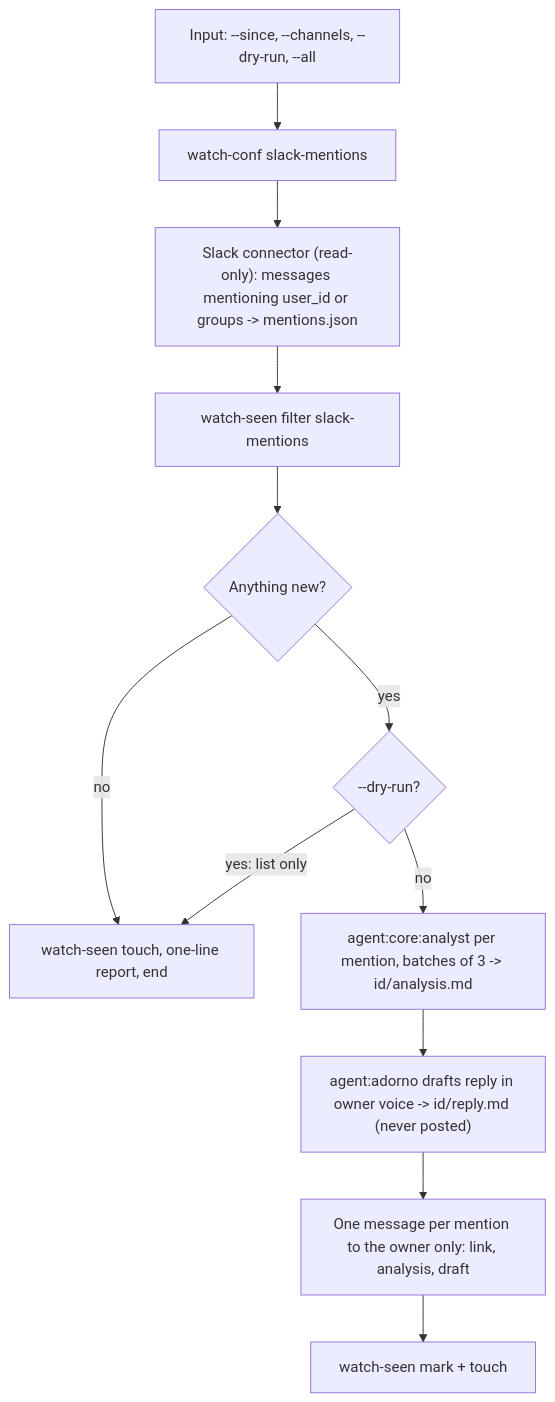
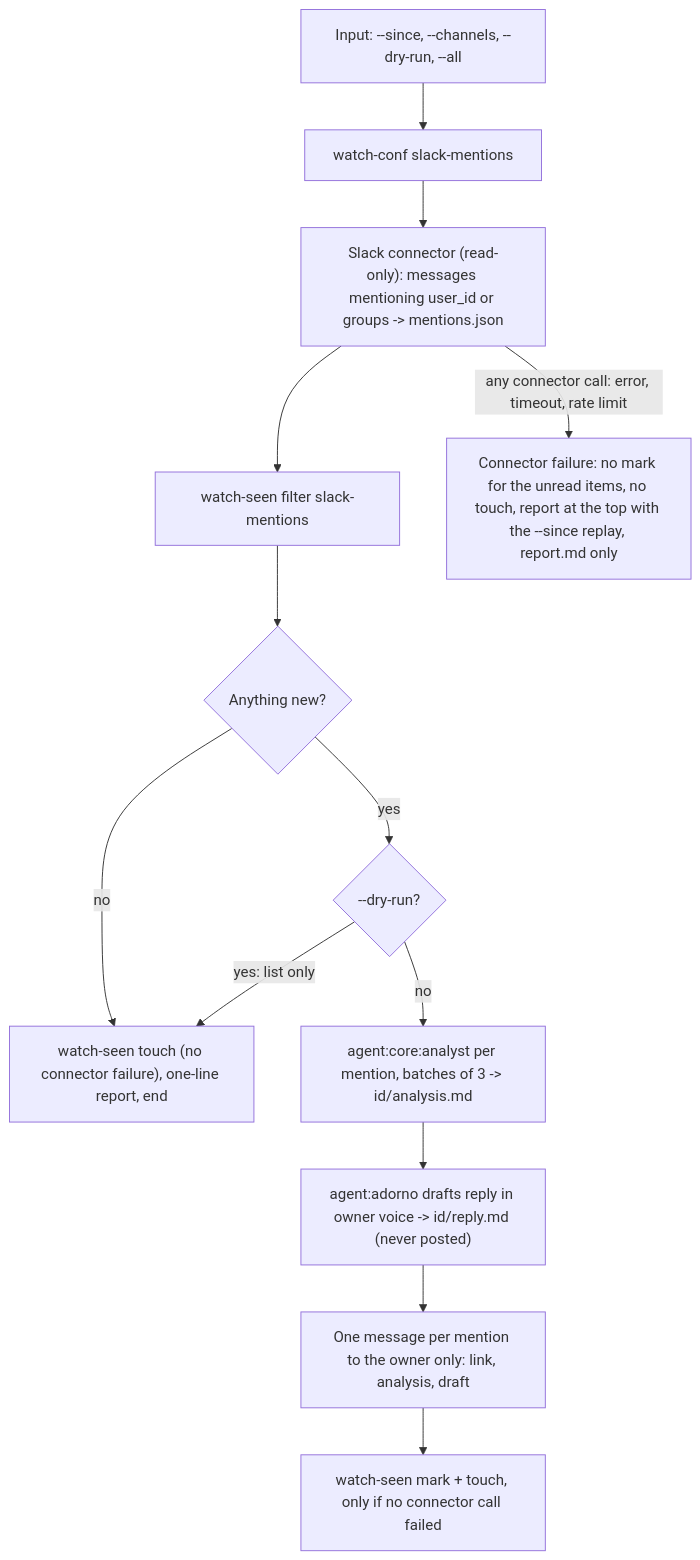
The first of 2 diagrams in src/workflows/slack/SCHEMA.md (nicolasmondain/adorno), drawn with Mermaid before and after one commit. The commit also changed other lines of this file and 24 other files, not shown here.

First line of the commit message:
feat(watch): connector failures, Notion trusted_authors, analyst flag (#49)

````diff
--- a/src/workflows/slack/SCHEMA.md
+++ b/src/workflows/slack/SCHEMA.md
@@ -5,19 +5,21 @@
 ```mermaid
 flowchart TD
   IN["Input: --since, --channels, --dry-run, --all"]
   CF["watch-conf slack-mentions"]
   SE["Slack connector (read-only): messages mentioning user_id or groups -> mentions.json"]
   FL["watch-seen filter slack-mentions"]
   EM{"Anything new?"}
-  TC["watch-seen touch, one-line report, end"]
+  TC["watch-seen touch (no connector failure), one-line report, end"]
   DRY{"--dry-run?"}
   AN["agent:core:analyst per mention, batches of 3 -> id/analysis.md"]
   RP["agent:adorno drafts reply in owner voice -> id/reply.md (never posted)"]
   SD["One message per mention to the owner only: link, analysis, draft"]
-  MK["watch-seen mark + touch"]
+  MK["watch-seen mark + touch, only if no connector call failed"]
+  FAIL["Connector failure: no mark for the unread items, no touch, report at the top with the --since replay, report.md only"]
   IN --> CF --> SE --> FL --> EM
+  SE -->|"any connector call: error, timeout, rate limit"| FAIL
   EM -->|"no"| TC
   EM -->|"yes"| DRY
   DRY -->|"yes: list only"| TC
   DRY -->|"no"| AN --> RP --> SD --> MK
 ```
````
